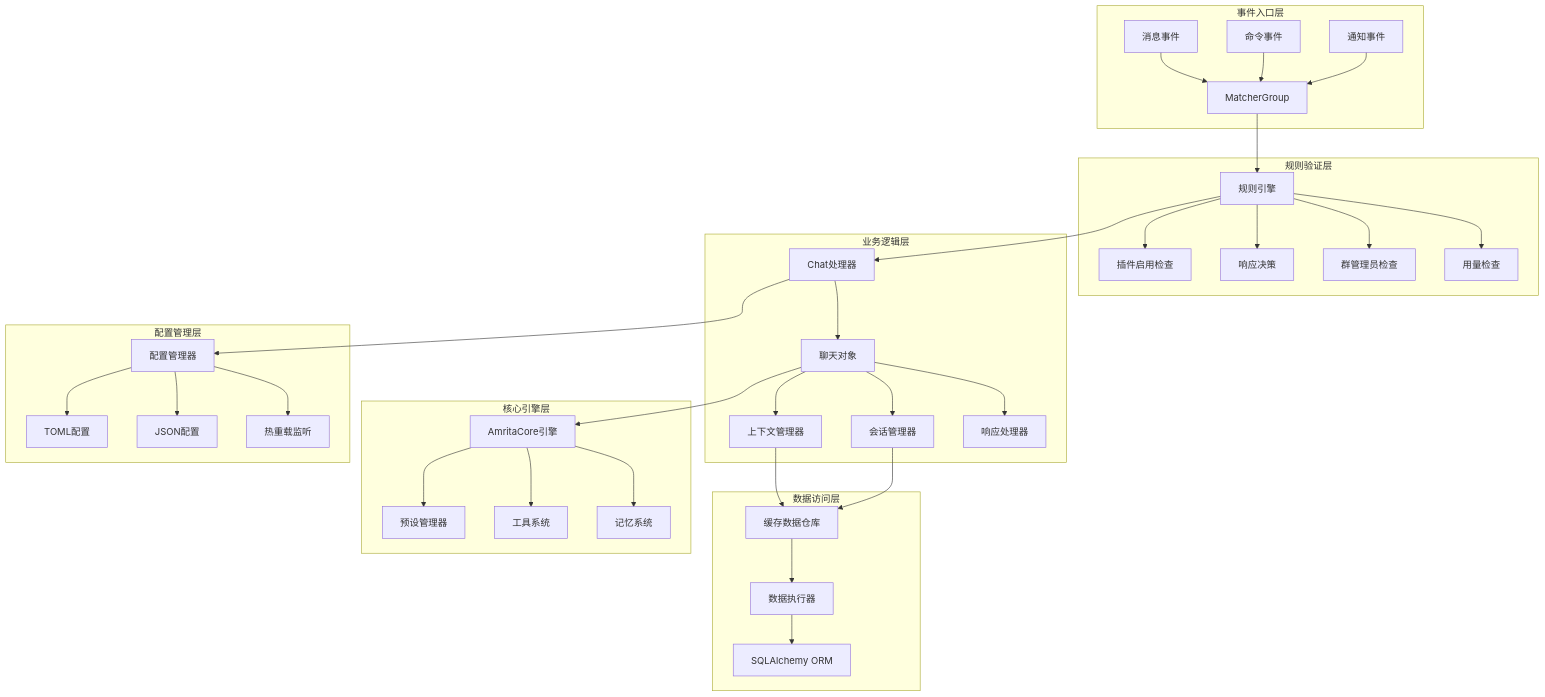
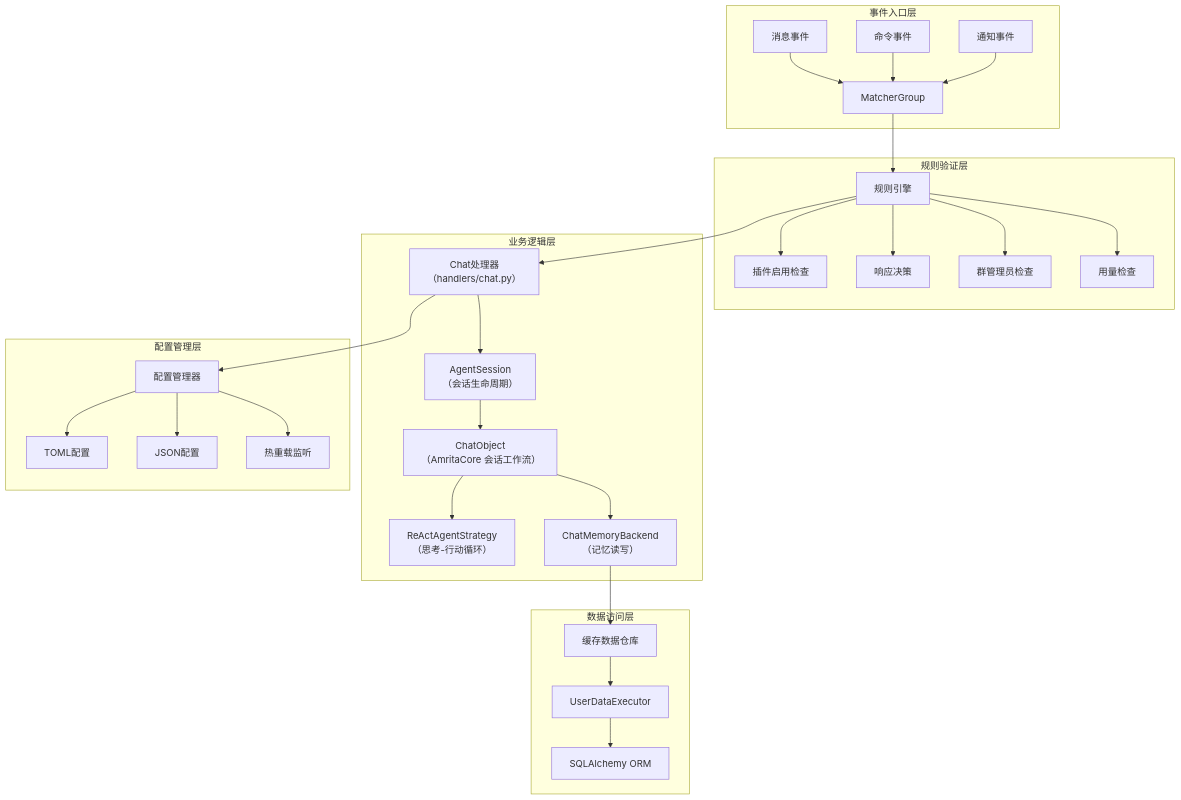
The second of 5 diagrams in docs/amrita/advanced/architecture.md (AmritaBot/amrita-docs), drawn with Mermaid before and after one commit. The commit also changed other lines of this file and 16 other files, not shown here.

Commit message:
docs: update architecture layers and chat segmentation config

````diff
--- a/docs/amrita/advanced/architecture.md
+++ b/docs/amrita/advanced/architecture.md
@@ -79,45 +86,37 @@
 ```mermaid
 graph TD
     subgraph "事件入口层"
         MessageEvent[消息事件] --> MatcherGroup[MatcherGroup]
         CommandEvent[命令事件] --> MatcherGroup
         NoticeEvent[通知事件] --> MatcherGroup
     end
 
     subgraph "规则验证层"
         MatcherGroup --> RuleEngine[规则引擎]
         RuleEngine --> is_bot_enabled[插件启用检查]
         RuleEngine --> should_respond[响应决策]
         RuleEngine --> is_group_admin[群管理员检查]
         RuleEngine --> usage_check[用量检查]
     end
 
     subgraph "业务逻辑层"
-        RuleEngine --> ChatHandler[Chat处理器]
-        ChatHandler --> AmritaChatObject[聊天对象]
-        AmritaChatObject --> ContextManager[上下文管理器]
-        AmritaChatObject --> SessionManager[会话管理器]
-        AmritaChatObject --> ResponseHandler[响应处理器]
+        RuleEngine --> ChatHandler[Chat处理器<br>（handlers/chat.py）]
+        ChatHandler --> AgentSession[AgentSession<br>（会话生命周期）]
+        AgentSession --> ChatObject[ChatObject<br>（AmritaCore 会话工作流）]
+        ChatObject --> Strategy[ReActAgentStrategy<br>（思考-行动循环）]
+        ChatObject --> MemoryBackend[ChatMemoryBackend<br>（记忆读写）]
     end
 
     subgraph "数据访问层"
-        ContextManager --> CachedUserDataRepository[缓存数据仓库]
-        SessionManager --> CachedUserDataRepository
-        CachedUserDataRepository --> UserDataExecutor[数据执行器]
+        MemoryBackend --> CachedUserDataRepository[缓存数据仓库]
+        CachedUserDataRepository --> UserDataExecutor[UserDataExecutor]
         UserDataExecutor --> Database[SQLAlchemy ORM]
-    end
-
-    subgraph "核心引擎层"
-        AmritaChatObject --> AmritaCore[AmritaCore引擎]
-        AmritaCore --> PresetManager[预设管理器]
-        AmritaCore --> ToolSystem[工具系统]
-        AmritaCore --> MemorySystem[记忆系统]
     end
 
     subgraph "配置管理层"
         ChatHandler --> ConfigManager[配置管理器]
         ConfigManager --> TOMLConfig[TOML配置]
         ConfigManager --> JSONConfig[JSON配置]
         ConfigManager --> HotReload[热重载监听]
     end
 ```
````
